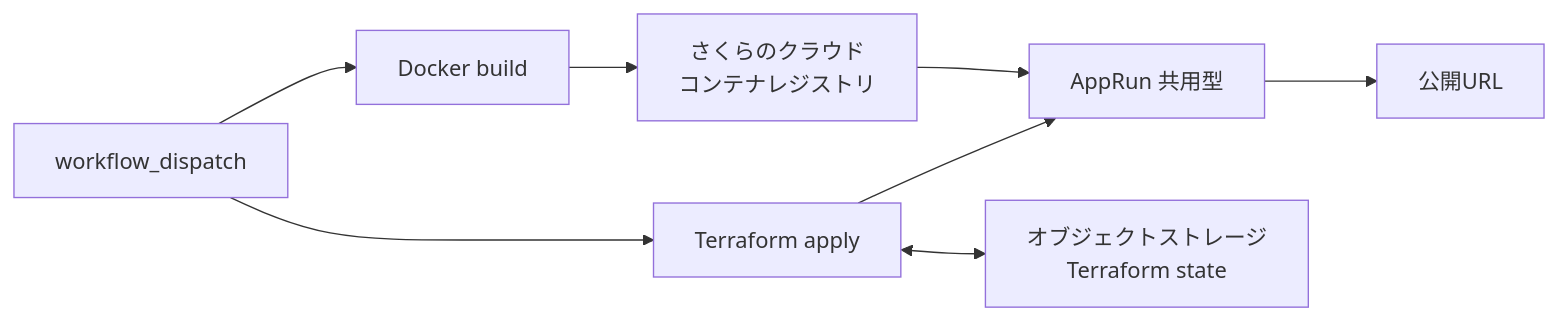
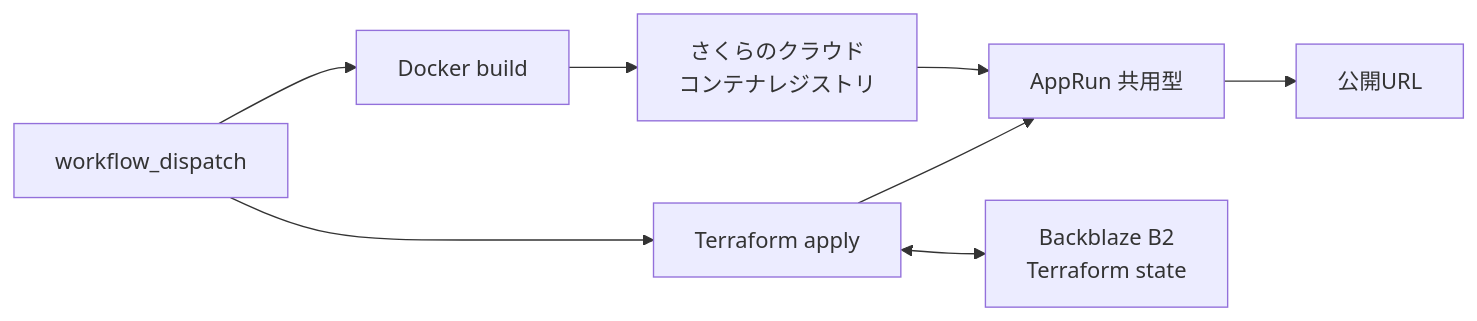
The diagram in terraform/apprun/README.md (sohohold/nuance-mapper), drawn with Mermaid before and after one commit. The commit also changed other lines of this file and 5 other files, not shown here.

Commit message:
Migrate Terraform state backend to Backblaze B2

````diff
--- a/terraform/apprun/README.md
+++ b/terraform/apprun/README.md
@@ -7,10 +7,10 @@
 ```mermaid
 flowchart LR
     D[workflow_dispatch] --> B[Docker build]
     B --> R[さくらのクラウド<br/>コンテナレジストリ]
     D --> T[Terraform apply]
     R --> A[AppRun 共用型]
     T --> A
-    T <--> S[オブジェクトストレージ<br/>Terraform state]
+    T <--> S[Backblaze B2<br/>Terraform state]
     A --> U[公開URL]
 ```
````
